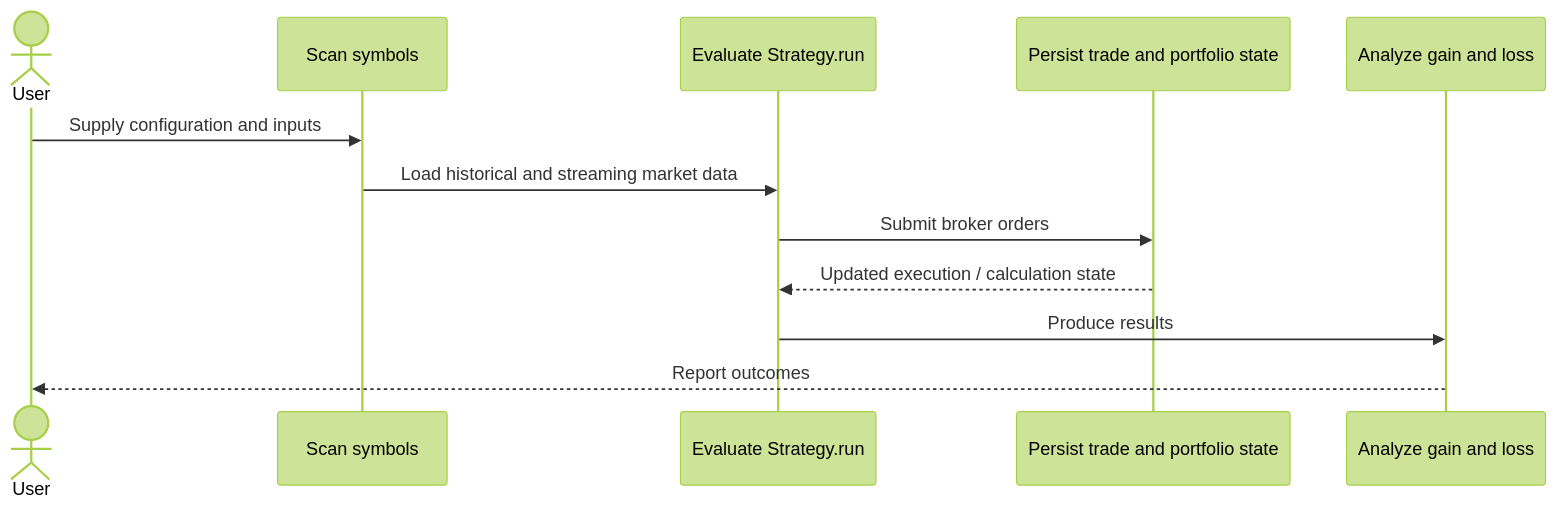
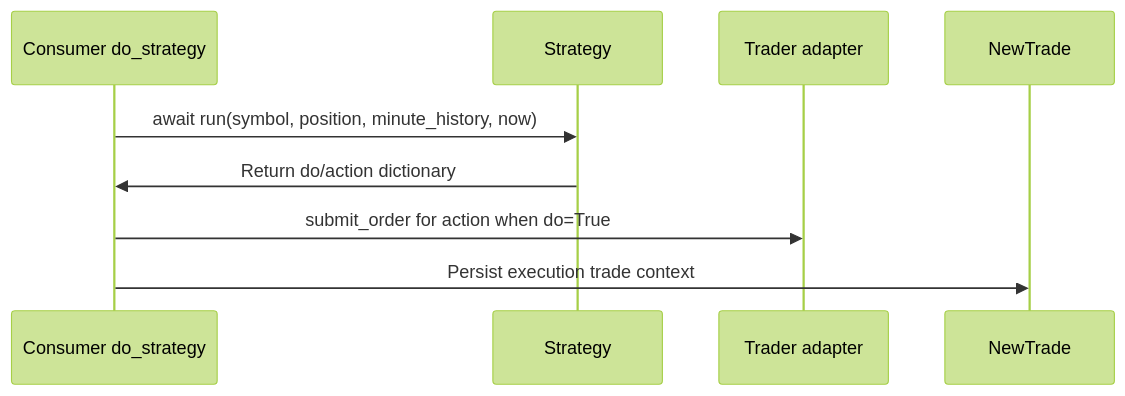
The fourth of 4 diagrams in docs/ayu-develop.md (alexcwyu/LiuAlgoTrader), drawn with Mermaid (forest theme) before and after one commit. The commit also changed other lines of this file and 13 other files, not shown here.

Commit message:
docs: standardize source-reviewed system guides and offline diagrams

````diff
--- a/docs/ayu-develop.md
+++ b/docs/ayu-develop.md
@@ -122,14 +201,11 @@
 ```mermaid
 sequenceDiagram
-    actor User
-    participant Entry as Scan symbols
-    participant Process as Evaluate Strategy.run
-    participant State as Persist trade and portfolio state
-    participant Output as Analyze gain and loss
-    User->>Entry: Supply configuration and inputs
-    Entry->>Process: Load historical and streaming market data
-    Process->>State: Submit broker orders
-    State-->>Process: Updated execution / calculation state
-    Process->>Output: Produce results
-    Output-->>User: Report outcomes
+  participant N0 as Consumer do_strategy
+  participant N1 as Strategy
+  participant N2 as Trader adapter
+  participant N3 as NewTrade
+  N0->>N1: await run(symbol, position, minute_history, now)
+  N1->>N0: Return do/action dictionary
+  N0->>N2: submit_order for action when do=True
+  N0->>N3: Persist execution trade context
 ```
````
